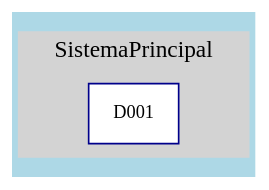
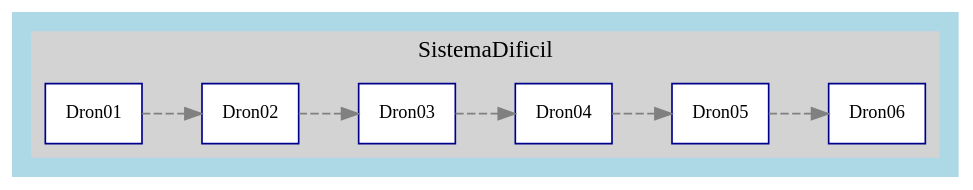
Before and after one commit to JimH0202/-IPC2-_-Proyecto-2_-202303768: the diagram in Backend/Graphviz/graphviz_general.dot, drawn with Graphviz. The commit also changed 39 other files, not shown here.

```diff
--- a/Backend/Graphviz/graphviz_general.dot
+++ b/Backend/Graphviz/graphviz_general.dot
@@ -1,12 +1,22 @@
 digraph Drones {
   rankdir=LR;
   node [shape=box, style=rounded, fontsize=11];
   graph [bgcolor=lightblue];
   subgraph cluster_0 {
-    label="SistemaPrincipal";
+    label="SistemaDificil";
     style=filled;
     color=lightgrey;
     node [style=filled, fillcolor=white, color=darkblue];
-    "D001";
+    "Dron01";
+    "Dron02";
+    "Dron03";
+    "Dron04";
+    "Dron05";
+    "Dron06";
   }
+  "Dron01" -> "Dron02" [style=dashed, color=gray];
+  "Dron02" -> "Dron03" [style=dashed, color=gray];
+  "Dron03" -> "Dron04" [style=dashed, color=gray];
+  "Dron04" -> "Dron05" [style=dashed, color=gray];
+  "Dron05" -> "Dron06" [style=dashed, color=gray];
 }
```
